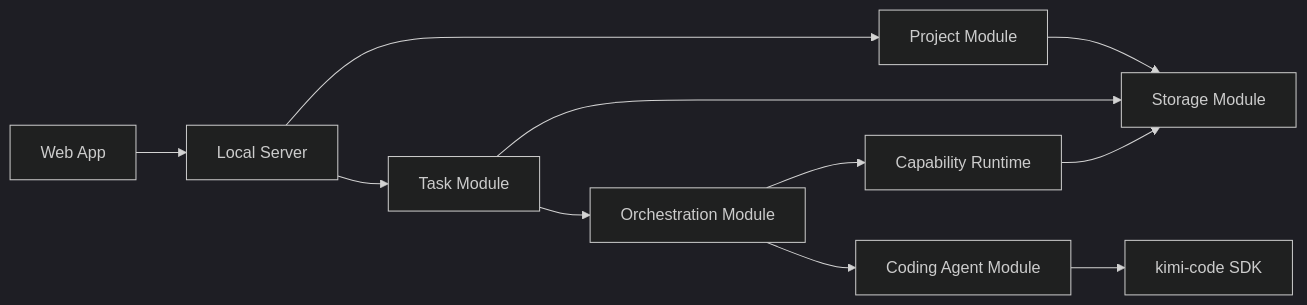
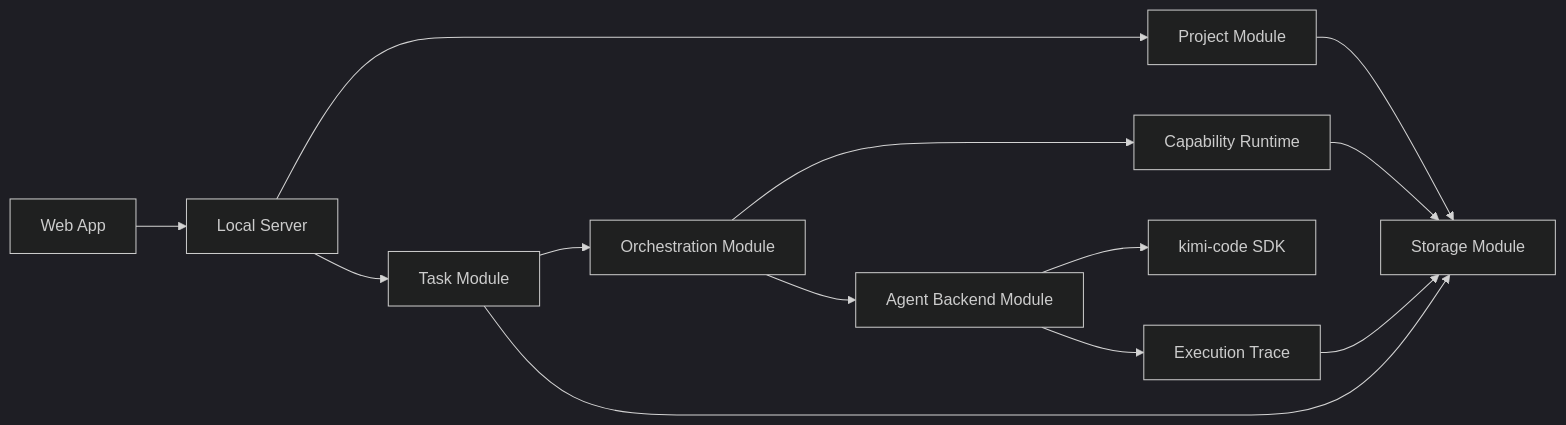
One commit to SureD/babybot changed the first of 3 diagrams in docs/ARCHITECTURE.md. Above: the diagram before and after it, drawn with Mermaid (dark theme). The commit also changed other lines of this file and 48 other files, not shown here.

````diff
--- a/docs/ARCHITECTURE.md
+++ b/docs/ARCHITECTURE.md
@@ -15,13 +15,15 @@
 ```mermaid
 flowchart LR
     Web["Web App"] --> Server["Local Server"]
     Server --> Projects["Project Module"]
     Server --> Tasks["Task Module"]
     Tasks --> Orchestrator["Orchestration Module"]
     Orchestrator --> Runtime["Capability Runtime"]
-    Orchestrator --> Coding["Coding Agent Module"]
-    Coding --> Kimi["kimi-code SDK"]
+    Orchestrator --> Agent["Agent Backend Module"]
+    Agent --> Kimi["kimi-code SDK"]
+    Agent --> Trace["Execution Trace"]
     Projects --> Storage["Storage Module"]
     Tasks --> Storage
     Runtime --> Storage
+    Trace --> Storage
 ```
````
